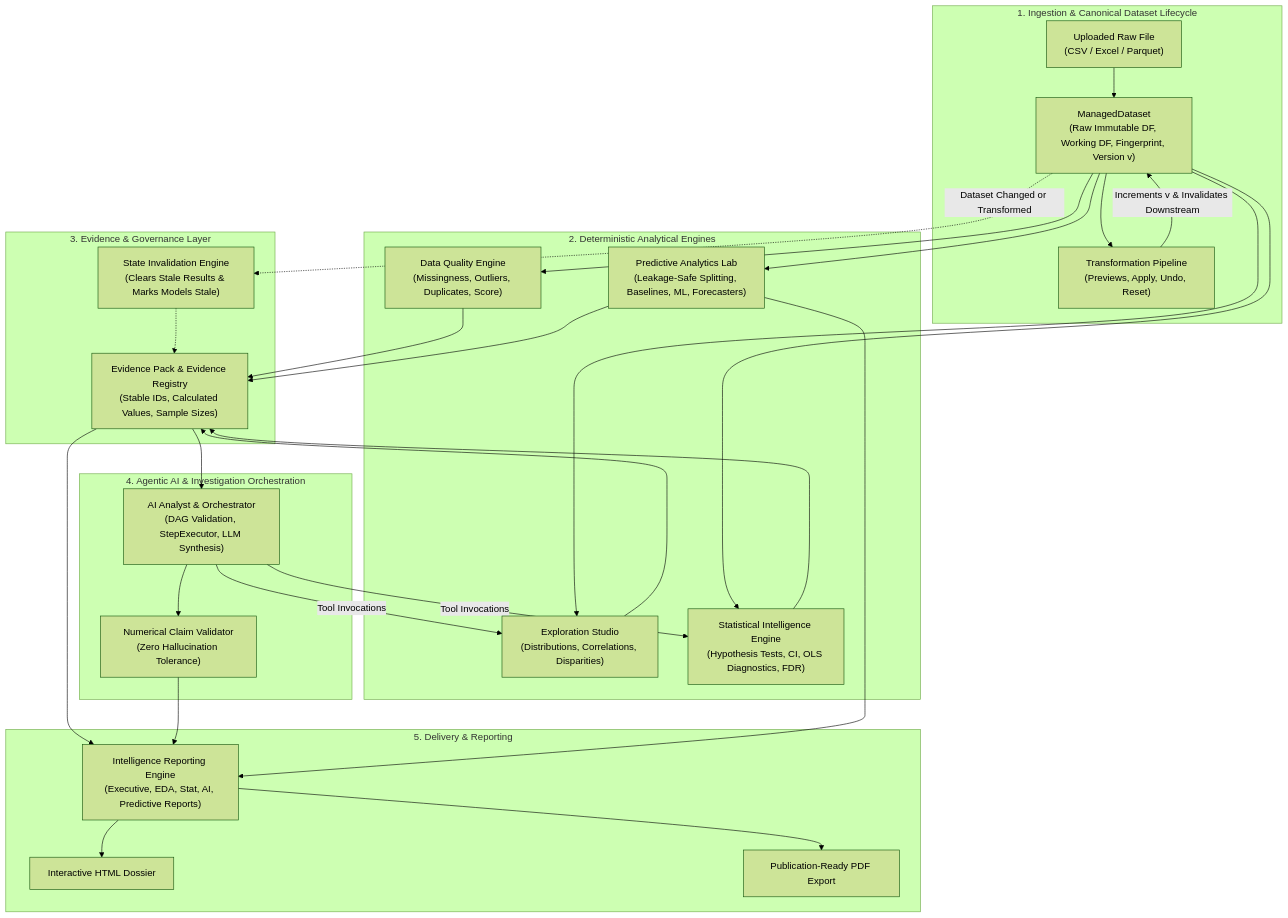
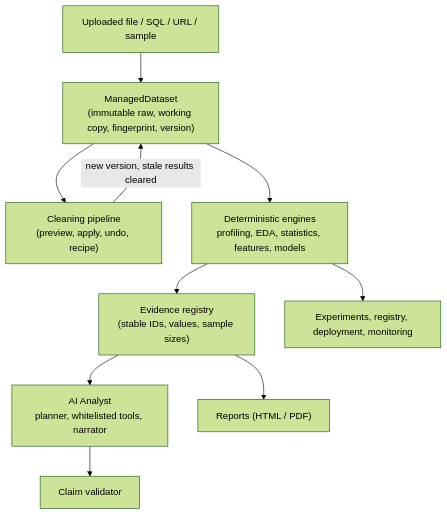
One commit to MichaelF102/CelestiusAI changed the diagram in README.md. Above: the diagram before and after it, drawn with Mermaid (forest theme). The commit also changed other lines of this file and 160 other files, not shown here.

First line of the commit message:
CelestiusAI: data scientist workspaces, merged pages, sample datasets, new Home, docs

````diff
--- a/README.md
+++ b/README.md
@@ -248,34 +232,12 @@
 ```mermaid
 flowchart TD
-    subgraph Ingestion_Lifecycle ["1. Ingestion & Canonical Dataset Lifecycle"]
-        RAW["Uploaded Raw File\n(CSV / Excel / Parquet)"] --> MD["ManagedDataset\n(Raw Immutable DF, Working DF, Fingerprint, Version v)"]
-        MD --> TRANS["Transformation Pipeline\n(Previews, Apply, Undo, Reset)"]
-        TRANS -->|Increments v & Invalidates Downstream| MD
-    end
-
-    subgraph Analytical_Engines ["2. Deterministic Analytical Engines"]
-        MD --> QUAL["Data Quality Engine\n(Missingness, Outliers, Duplicates, Score)"]
-        MD --> EDA["Exploration Studio\n(Distributions, Correlations, Disparities)"]
-        MD --> STAT["Statistical Intelligence Engine\n(Hypothesis Tests, CI, OLS Diagnostics, FDR)"]
-        MD --> PRED["Predictive Analytics Lab\n(Leakage-Safe Splitting, Baselines, ML, Forecasters)"]
-    end
-
-    subgraph Evidence_Layer ["3. Evidence & Governance Layer"]
-        QUAL & EDA & STAT & PRED --> EP["Evidence Pack & Evidence Registry\n(Stable IDs, Calculated Values, Sample Sizes)"]
-        MD -.->|Dataset Changed or Transformed| INVAL["State Invalidation Engine\n(Clears Stale Results & Marks Models Stale)"]
-        INVAL -.-> EP
-    end
-
-    subgraph Agentic_Layer ["4. Agentic AI & Investigation Orchestration"]
-        EP --> AGENT["AI Analyst & Orchestrator\n(DAG Validation, StepExecutor, LLM Synthesis)"]
-        AGENT -->|Tool Invocations| STAT
-        AGENT -->|Tool Invocations| EDA
-        AGENT --> CLAIM["Numerical Claim Validator\n(Zero Hallucination Tolerance)"]
-    end
-
-    subgraph Delivery_Layer ["5. Delivery & Reporting"]
-        EP & CLAIM & PRED --> REP["Intelligence Reporting Engine\n(Executive, EDA, Stat, AI, Predictive Reports)"]
-        REP --> HTML["Interactive HTML Dossier"]
-        REP --> PDF["Publication-Ready PDF Export"]
-    end
+    RAW["Uploaded file / SQL / URL / sample"] --> MD["ManagedDataset<br/>(immutable raw, working copy, fingerprint, version)"]
+    MD --> CLEAN["Cleaning pipeline<br/>(preview, apply, undo, recipe)"]
+    CLEAN -->|new version, stale results cleared| MD
+    MD --> ENG["Deterministic engines<br/>profiling, EDA, statistics, features, models"]
+    ENG --> EV["Evidence registry<br/>(stable IDs, values, sample sizes)"]
+    EV --> AGENT["AI Analyst<br/>planner, whitelisted tools, narrator"]
+    AGENT --> CV["Claim validator"]
+    EV --> REP["Reports (HTML / PDF)"]
+    ENG --> OPS["Experiments, registry, deployment, monitoring"]
 ```
````
